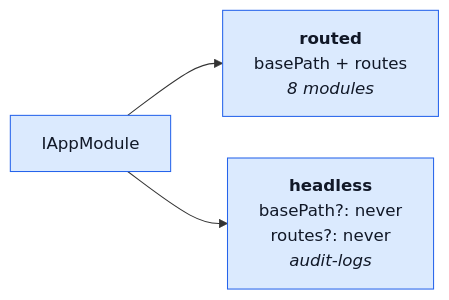
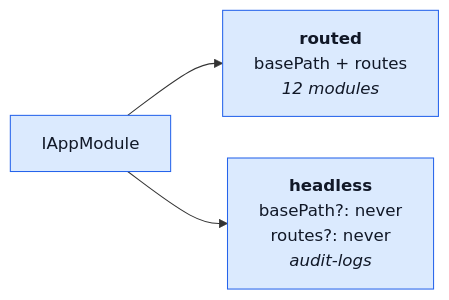
The fifth of 8 diagrams in docs/theory/modules.md (Guebbit/boilerplate-node-backend), drawn with Mermaid before and after one commit. The commit also changed 20 other files, not shown here.

````diff
--- a/docs/theory/modules.md
+++ b/docs/theory/modules.md
@@ -293,11 +293,11 @@
 ```mermaid
 %%{init: {'flowchart': {'nodeSpacing': 40, 'rankSpacing': 50}}}%%
 flowchart LR
     IAM["IAppModule"]
-    R["<b>routed</b><br/>basePath + routes<br/><i>8 modules</i>"]
+    R["<b>routed</b><br/>basePath + routes<br/><i>12 modules</i>"]
     H["<b>headless</b><br/>basePath?: never<br/>routes?: never<br/><i>audit-logs</i>"]
     IAM --> R
     IAM --> H
     classDef t fill:#dbeafe,stroke:#2563eb,color:#111827;
     class IAM,R,H t;
 ```
````
